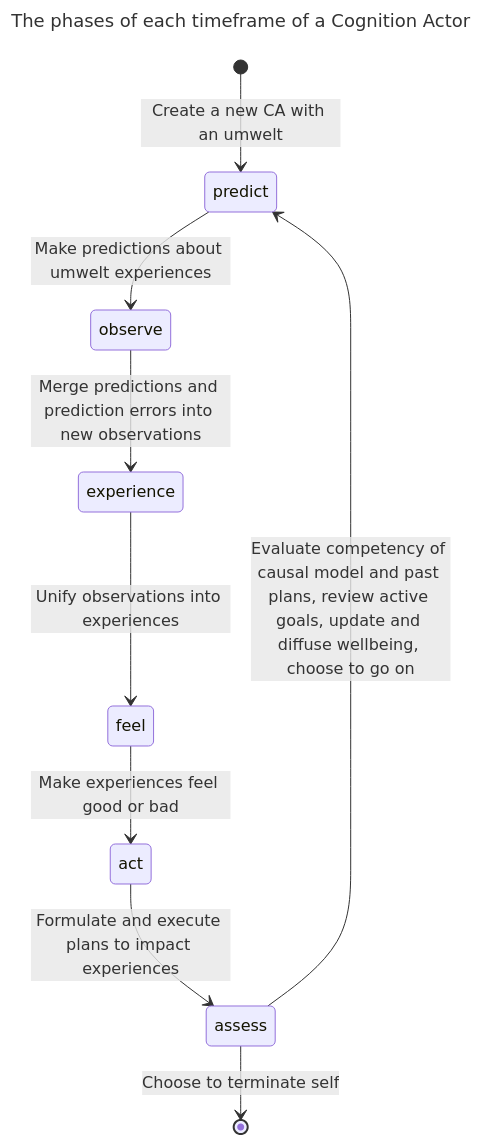
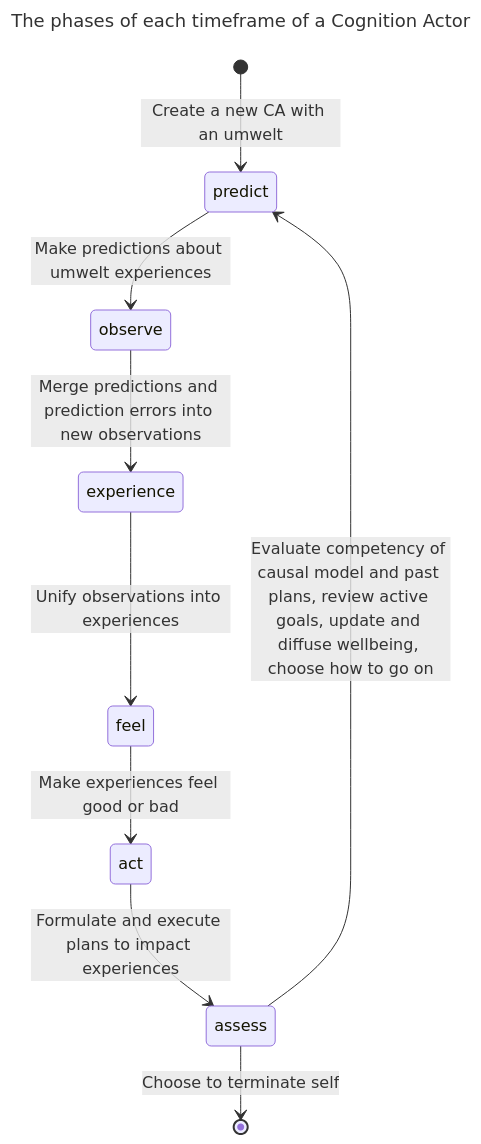
The diagram in design_notes/cognition_actors.md (jfcloutier/karma_system), drawn with Mermaid before and after one commit. The commit also changed other lines of this file and 2 other files, not shown here.

Commit message:
Added design note on assess phase

````diff
--- a/design_notes/cognition_actors.md
+++ b/design_notes/cognition_actors.md
@@ -130,14 +130,14 @@
 ```mermaid
 ---
 title: The phases of each timeframe of a Cognition Actor
 ---
 stateDiagram-v2
     [*] --> predict: Create a new CA with an umwelt
     predict --> observe: Make predictions about umwelt experiences
     observe --> experience: Merge predictions and prediction errors into new observations
     experience --> feel: Unify observations into experiences
     feel --> act: Make experiences feel good or bad
     act --> assess: Formulate and execute plans to impact experiences
-    assess --> predict: Evaluate competency of causal model and past plans, review active goals, update and diffuse wellbeing, choose to go on
+    assess --> predict: Evaluate competency of causal model and past plans, review active goals, update and diffuse wellbeing, choose how to go on
     assess --> [*]: Choose to terminate self
 ```
````
